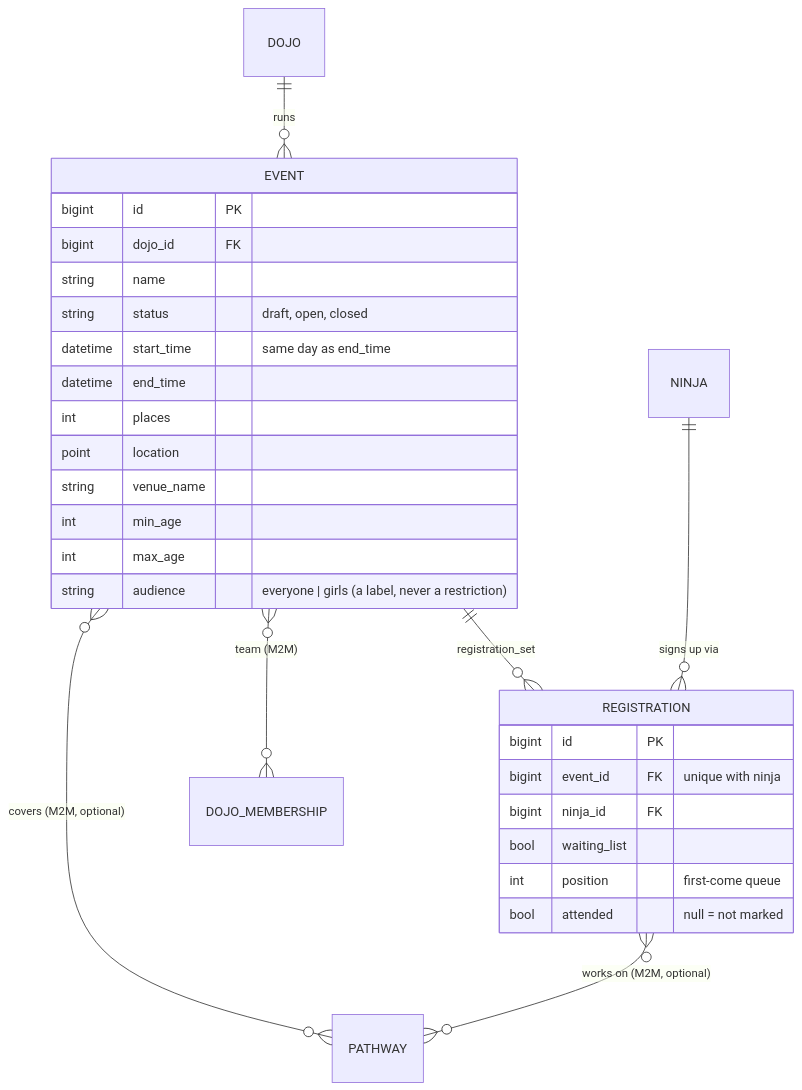
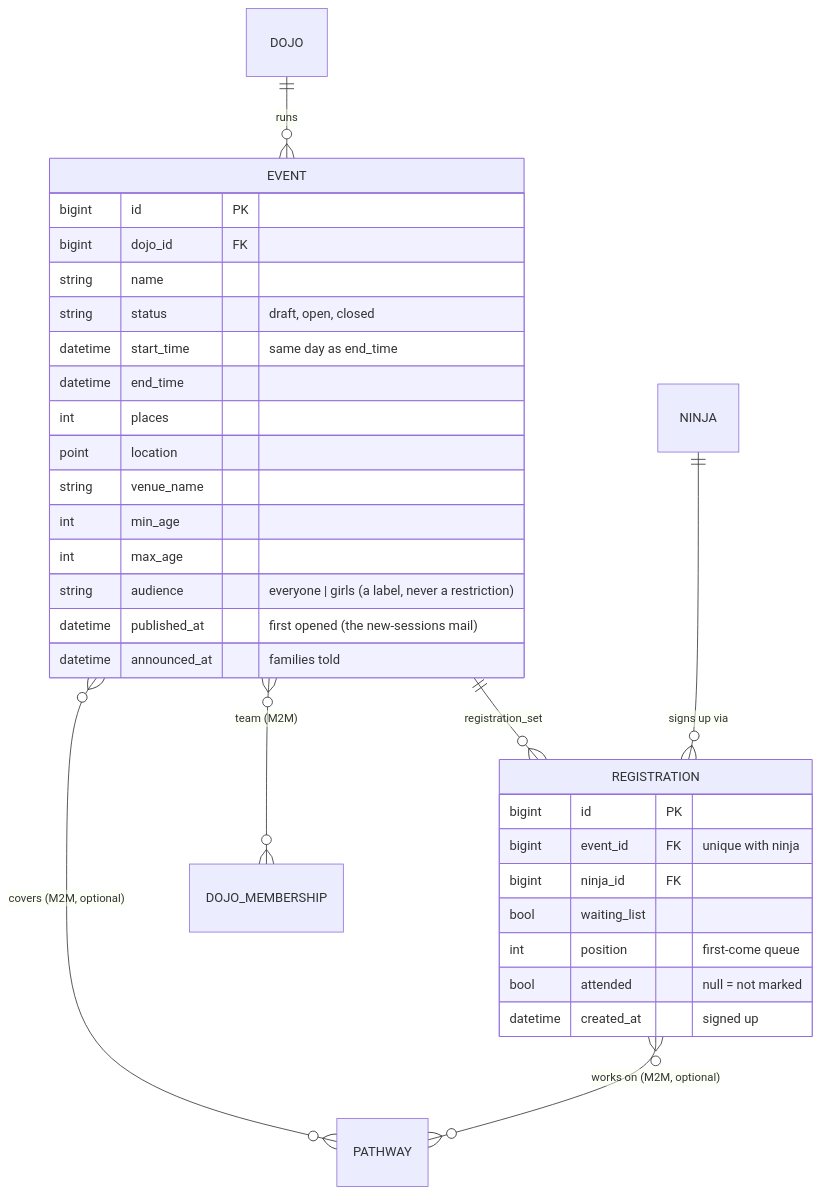
The fifth of 26 diagrams in DATA_MODEL.md (DoublG/coderdojo-event-registration), drawn with Mermaid before and after one commit. The commit also changed other lines of this file and 19 other files, not shown here.

First line of the commit message:
Docs: the organisation dashboard, and diagrams of what was built

````diff
--- a/DATA_MODEL.md
+++ b/DATA_MODEL.md
@@ -267,32 +267,35 @@
 ```mermaid
 erDiagram
     DOJO ||--o{ EVENT : "runs"
     EVENT ||--o{ REGISTRATION : "registration_set"
     NINJA ||--o{ REGISTRATION : "signs up via"
     EVENT }o--o{ PATHWAY : "covers (M2M, optional)"
     REGISTRATION }o--o{ PATHWAY : "works on (M2M, optional)"
     EVENT }o--o{ DOJO_MEMBERSHIP : "team (M2M)"
 
     EVENT {
         bigint id PK
         bigint dojo_id FK
         string name
         string status "draft, open, closed"
         datetime start_time "same day as end_time"
         datetime end_time
         int places
         point location
         string venue_name
         int min_age
         int max_age
         string audience "everyone | girls (a label, never a restriction)"
+        datetime published_at "first opened (the new-sessions mail)"
+        datetime announced_at "families told"
     }
     REGISTRATION {
         bigint id PK
         bigint event_id FK "unique with ninja"
         bigint ninja_id FK
         bool waiting_list
         int position "first-come queue"
         bool attended "null = not marked"
+        datetime created_at "signed up"
     }
 ```
````
